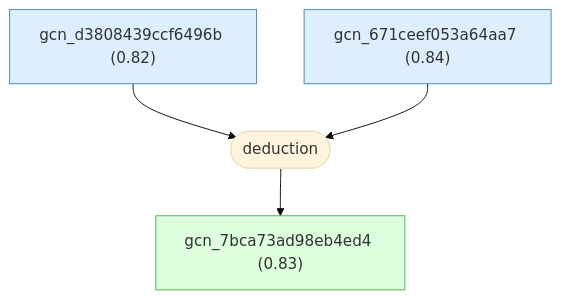
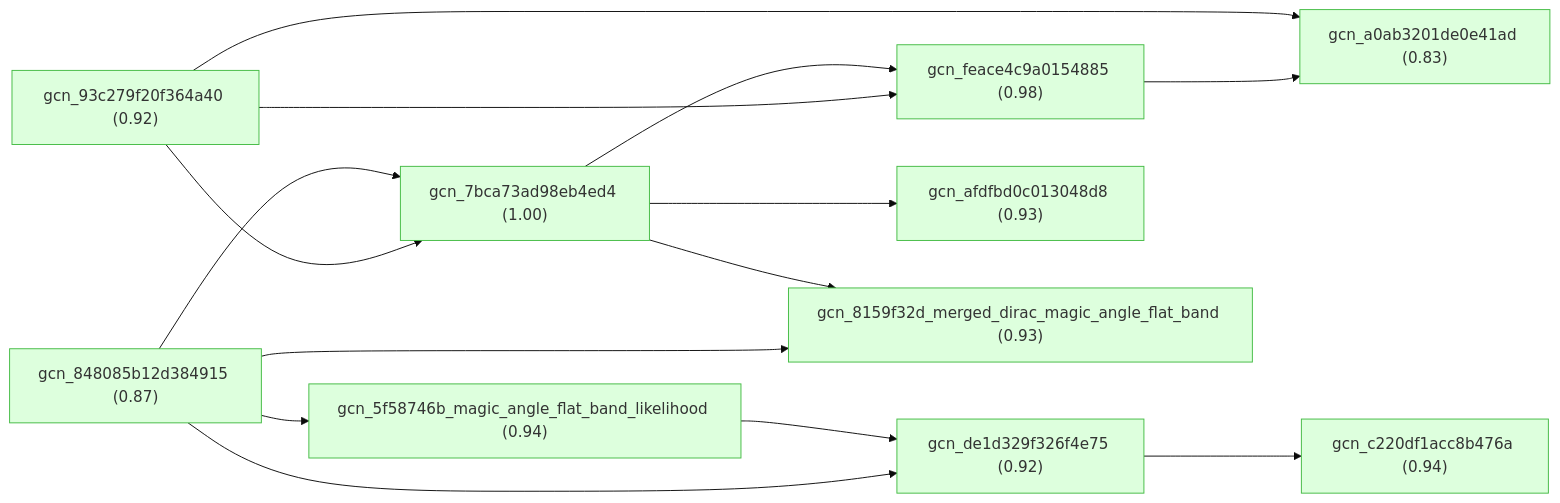
The first of 10 diagrams in docs/detailed-reasoning.md (Callo42/tbg-magic-angle-gaia), drawn with Mermaid (base theme) before and after one commit. The commit also changed other lines of this file and 50 other files, not shown here.

First line of the commit message:
Regenerate TBG graph from connected root

````diff
--- a/docs/detailed-reasoning.md
+++ b/docs/detailed-reasoning.md
@@ -453,20 +9,36 @@
 ```mermaid
-graph TD
-    gcn_d3808439ccf6496b["gcn_d3808439ccf6496b (0.82)"]:::premise
-    gcn_671ceef053a64aa7["gcn_671ceef053a64aa7 (0.84)"]:::premise
-    gcn_7bca73ad98eb4ed4["gcn_7bca73ad98eb4ed4 (0.83)"]:::derived
-    strat_4(["deduction"])
-    gcn_d3808439ccf6496b --> strat_4
-    gcn_671ceef053a64aa7 --> strat_4
-    strat_4 --> gcn_7bca73ad98eb4ed4
+graph LR
+    gcn_7bca73ad98eb4ed4["gcn_7bca73ad98eb4ed4 (1.00)"]:::derived
+    gcn_93c279f20f364a40["gcn_93c279f20f364a40 (0.92)"]:::derived
+    gcn_feace4c9a0154885["gcn_feace4c9a0154885 (0.98)"]:::derived
+    gcn_a0ab3201de0e41ad["gcn_a0ab3201de0e41ad (0.83)"]:::derived
+    gcn_848085b12d384915["gcn_848085b12d384915 (0.87)"]:::derived
+    gcn_5f58746b_magic_angle_flat_band_likelihood["gcn_5f58746b_magic_angle_flat_band_likelihood (0.94)"]:::derived
+    gcn_c220df1acc8b476a["gcn_c220df1acc8b476a (0.94)"]:::derived
+    gcn_de1d329f326f4e75["gcn_de1d329f326f4e75 (0.92)"]:::derived
+    gcn_afdfbd0c013048d8["gcn_afdfbd0c013048d8 (0.93)"]:::derived
+    gcn_8159f32d_merged_dirac_magic_angle_flat_band["gcn_8159f32d_merged_dirac_magic_angle_flat_band (0.93)"]:::derived
+    gcn_5f58746b_magic_angle_flat_band_likelihood --> gcn_de1d329f326f4e75
+    gcn_7bca73ad98eb4ed4 --> gcn_8159f32d_merged_dirac_magic_angle_flat_band
+    gcn_7bca73ad98eb4ed4 --> gcn_afdfbd0c013048d8
+    gcn_7bca73ad98eb4ed4 --> gcn_feace4c9a0154885
+    gcn_848085b12d384915 --> gcn_5f58746b_magic_angle_flat_band_likelihood
+    gcn_848085b12d384915 --> gcn_7bca73ad98eb4ed4
+    gcn_848085b12d384915 --> gcn_8159f32d_merged_dirac_magic_angle_flat_band
+    gcn_848085b12d384915 --> gcn_de1d329f326f4e75
+    gcn_93c279f20f364a40 --> gcn_7bca73ad98eb4ed4
+    gcn_93c279f20f364a40 --> gcn_a0ab3201de0e41ad
+    gcn_93c279f20f364a40 --> gcn_feace4c9a0154885
+    gcn_de1d329f326f4e75 --> gcn_c220df1acc8b476a
+    gcn_feace4c9a0154885 --> gcn_a0ab3201de0e41ad
 
     classDef setting fill:#f0f0f0,stroke:#999,color:#333
     classDef premise fill:#ddeeff,stroke:#4488bb,color:#333
     classDef derived fill:#ddffdd,stroke:#44bb44,color:#333
     classDef question fill:#fff3dd,stroke:#cc9944,color:#333
     classDef background fill:#f5f5f5,stroke:#bbb,stroke-dasharray: 5 5,color:#333
     classDef orphan fill:#fff,stroke:#ccc,stroke-dasharray: 5 5,color:#333
     classDef external fill:#fff,stroke:#aaa,stroke-dasharray: 3 3,color:#333
     classDef weak fill:#fff9c4,stroke:#f9a825,stroke-dasharray: 5 5,color:#333
     classDef contra fill:#ffebee,stroke:#c62828,color:#333
 ```
````
